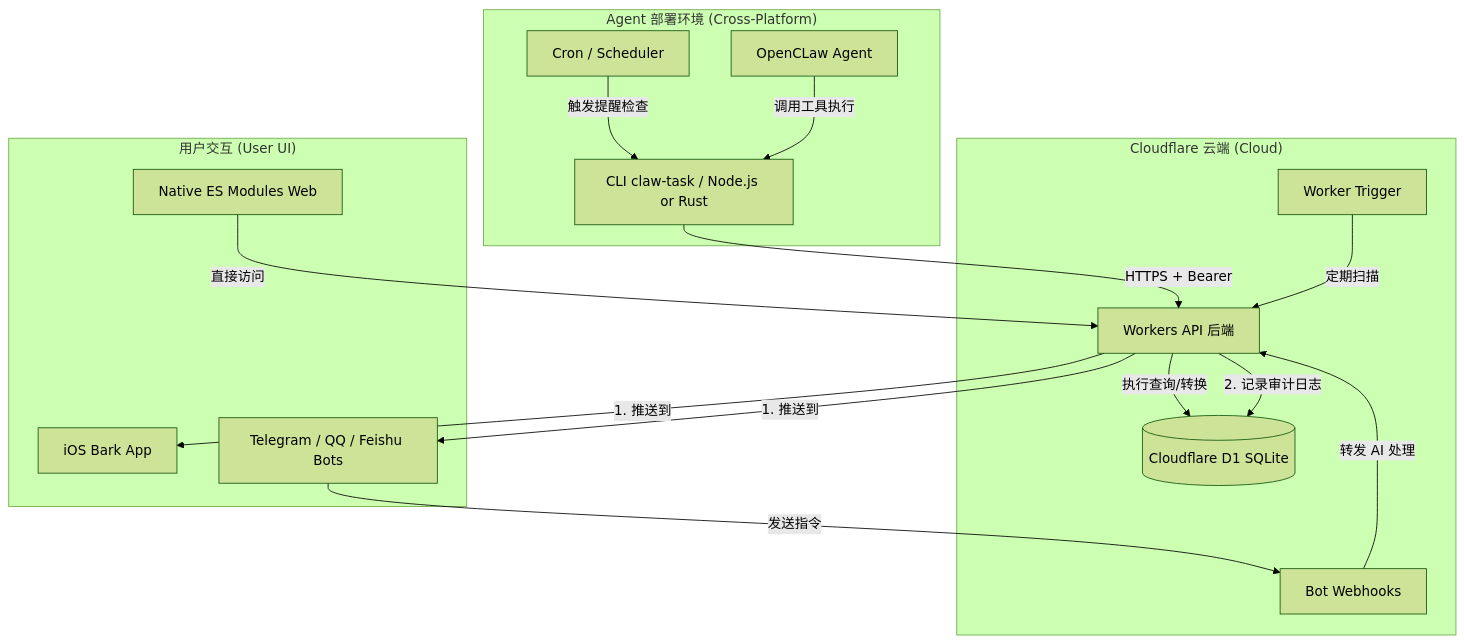
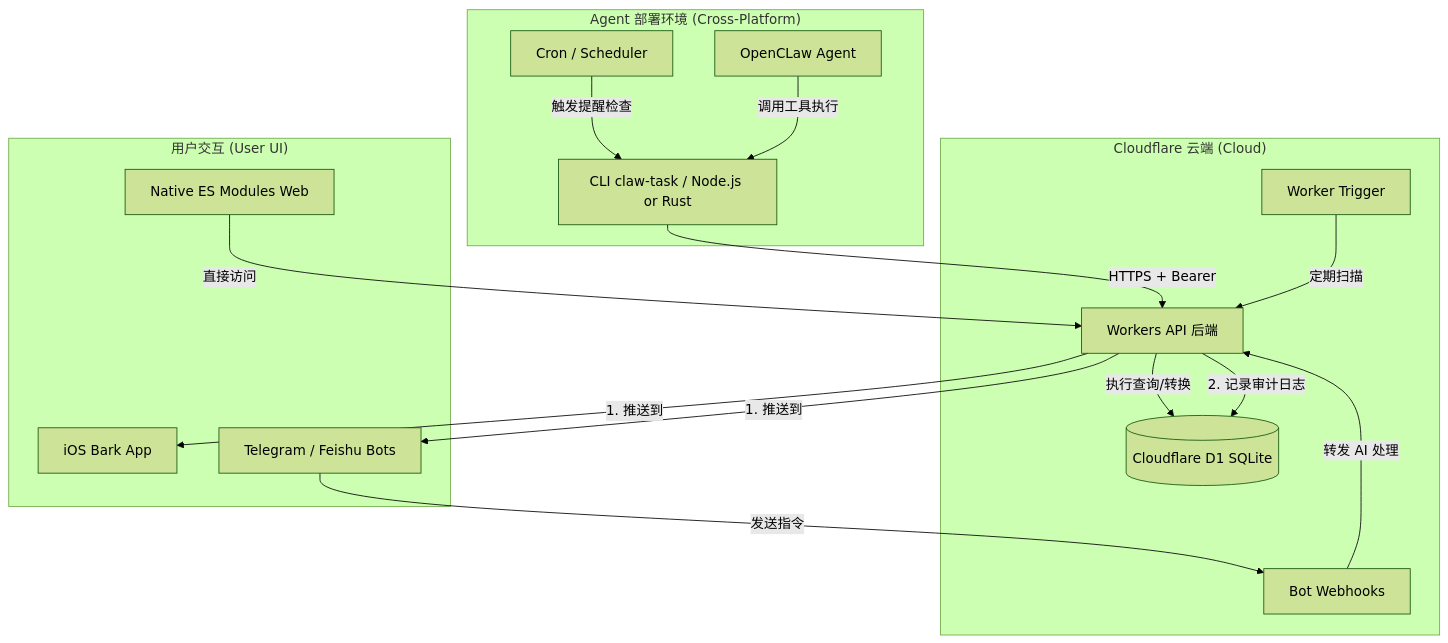
Before and after one commit to gray0128/claw-owner-task: the diagram in docs/技术架构.md, drawn with Mermaid (forest theme). The commit also changed other lines of this file and 31 other files, not shown here.

````diff
--- a/docs/技术架构.md
+++ b/docs/技术架构.md
@@ -5,35 +5,35 @@
 ```mermaid
 graph TB
     subgraph "Agent 部署环境 (Cross-Platform)"
         CLI[CLI claw-task / Node.js or Rust]
         OpenCLaw[OpenCLaw Agent]
         LocalCron[Cron / Scheduler]
     end
 
     subgraph "用户交互 (User UI)"
         Web[Native ES Modules Web]
         Bark[iOS Bark App]
-        Chatbots[Telegram / QQ / Feishu Bots]
+        Chatbots[Telegram / Feishu Bots]
     end
 
     subgraph "Cloudflare 云端 (Cloud)"
         Workers[Workers API 后端]
         CloudCron[Worker Trigger]
         D1[(Cloudflare D1 SQLite)]
         Webhook[Bot Webhooks]
     end
 
     LocalCron -->|触发提醒检查| CLI
     CLI -->|HTTPS + Bearer| Workers
     Workers -->|执行查询/转换| D1
     
     CloudCron -->|定期扫描| Workers
     Workers -->|1. 推送到| Bark
     Workers -->|1. 推送到| Chatbots
     Workers -->|2. 记录审计日志| D1
     
     Chatbots -->|发送指令| Webhook
     Webhook -->|转发 AI 处理| Workers
     Web -->|直接访问| Workers
     OpenCLaw -->|调用工具执行| CLI
 ```
````
